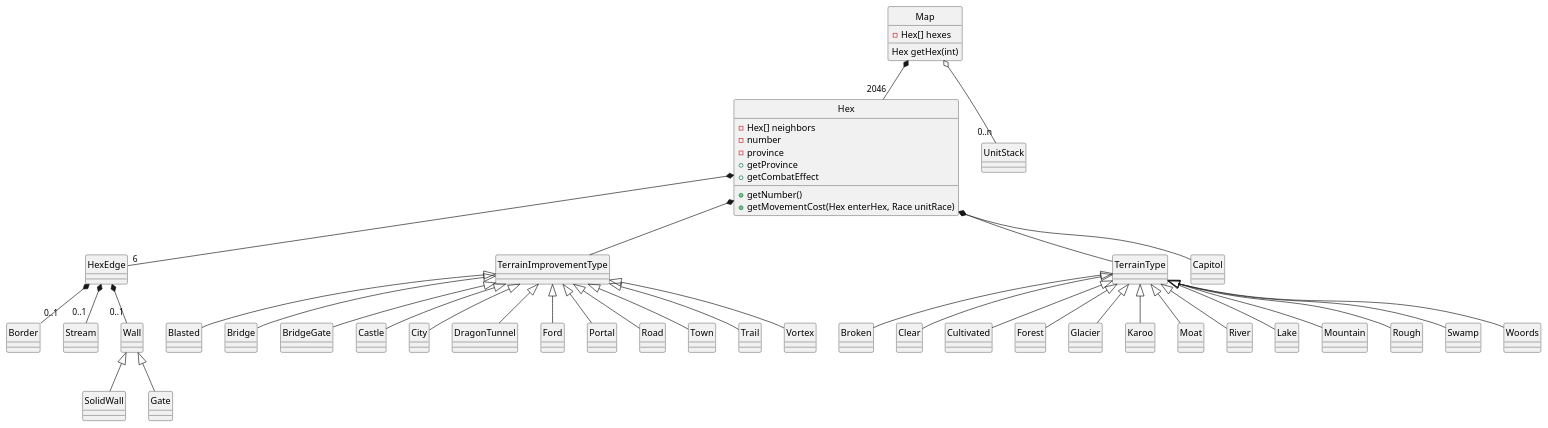
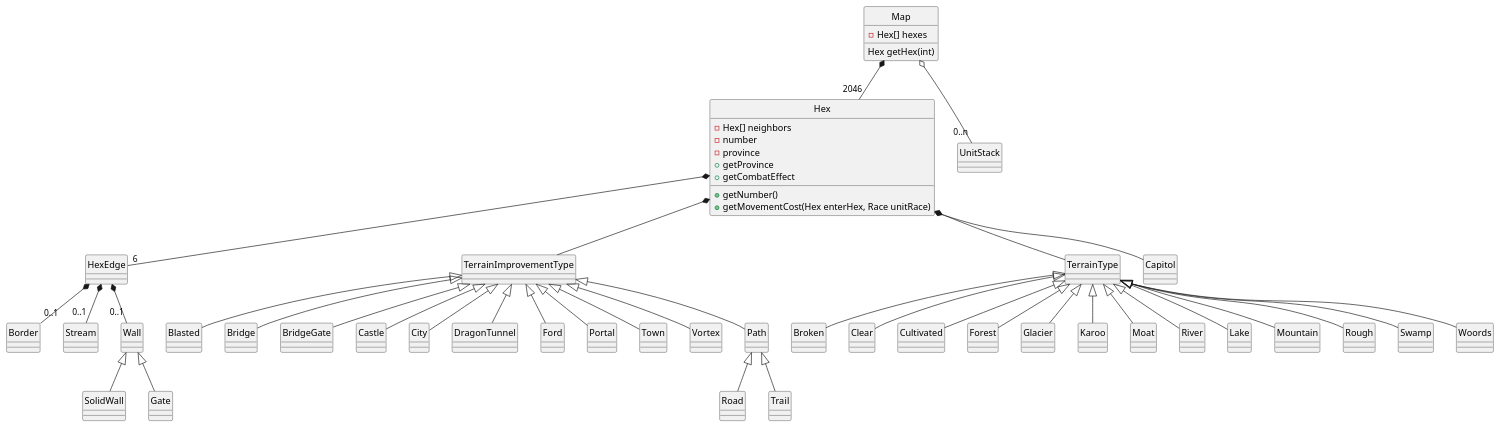
The diagram in mapmove.pu (CS383-Sword-and-Sorcery/HW3), drawn with PlantUML before and after one commit.

Commit message:
make roads and trails related

```diff
--- a/mapmove.pu
+++ b/mapmove.pu
@@ -1,59 +1,59 @@
 @startuml
 hide circle
 ' <|-- is "extention" and used for class inheritence
 ' *-- is composition (static aggregation), for when b is permanently "part of" a
 ' o-- is aggregation (dynamic aggregation)
 
 class Map {
     -Hex[] hexes
 	Hex getHex(int)
 }
 
 class Hex {
 	-Hex[] neighbors
     -number
     -province
     +getNumber()
     +getProvince
     +getMovementCost(Hex enterHex, Race unitRace)
     +getCombatEffect
 }
 
 Map o-- "0..n" UnitStack
 Map *-- "2046" Hex
 Hex *-- "6" HexEdge
 Hex *-- TerrainImprovementType
 Hex *-- TerrainType
 Hex *-- Capitol
 HexEdge *-- "0..1" Border
 HexEdge *-- "0..1" Stream
 HexEdge *-- "0..1" Wall
                    Wall <|-- SolidWall
                    Wall <|-- Gate
 TerrainType <|-- Broken
 TerrainType <|-- Clear
 TerrainType <|-- Cultivated
 TerrainType <|-- Forest
 TerrainType <|-- Glacier
 TerrainType <|-- Karoo
 TerrainType <|-- Moat
 TerrainType <|-- River
 TerrainType <|-- Lake
 TerrainType <|-- Mountain
 TerrainType <|-- Rough
 TerrainType <|-- Swamp
 TerrainType <|-- Woords
 TerrainImprovementType <|-- Blasted
 TerrainImprovementType <|-- Bridge
 TerrainImprovementType <|-- BridgeGate
 TerrainImprovementType <|-- Castle
 TerrainImprovementType <|-- City
 TerrainImprovementType <|-- DragonTunnel
 TerrainImprovementType <|-- Ford
 TerrainImprovementType <|-- Portal
-TerrainImprovementType <|-- Road
 TerrainImprovementType <|-- Town
-TerrainImprovementType <|-- Trail
 TerrainImprovementType <|-- Vortex
-
+TerrainImprovementType <|-- Path
+                            Path <|-- Road
+                            Path <|-- Trail
 @enduml
```
